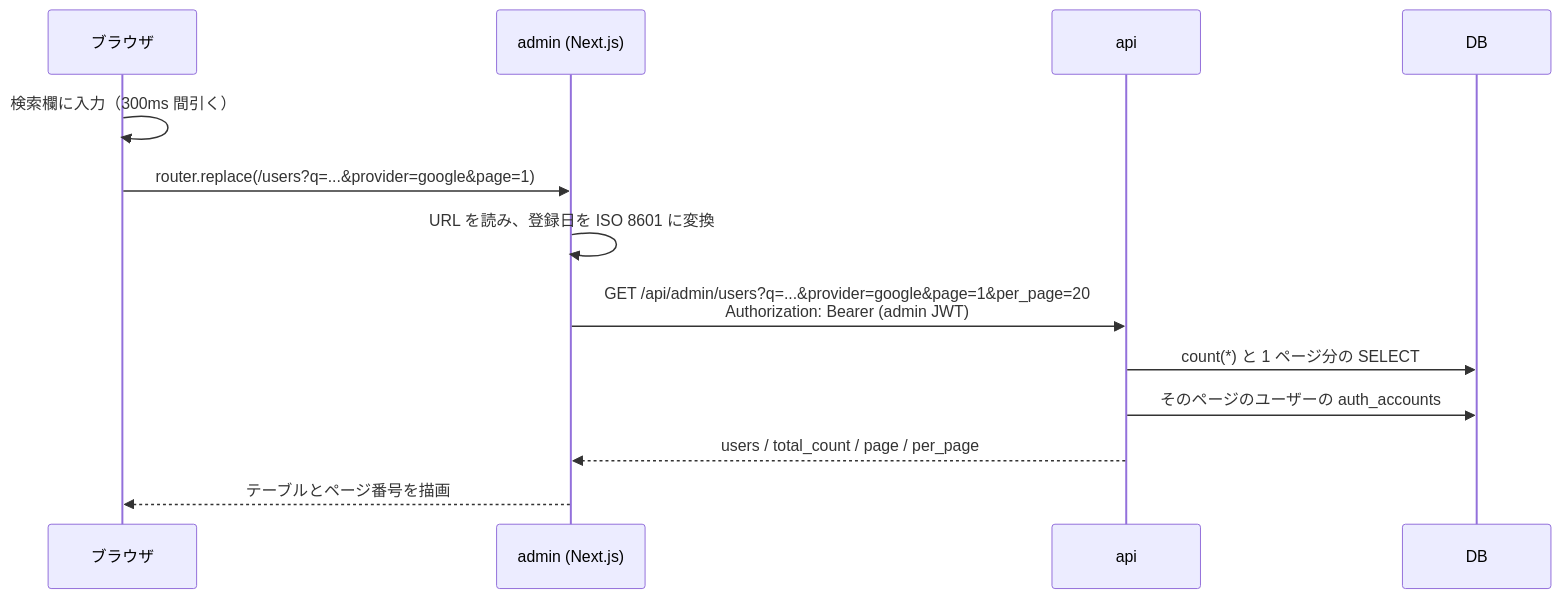
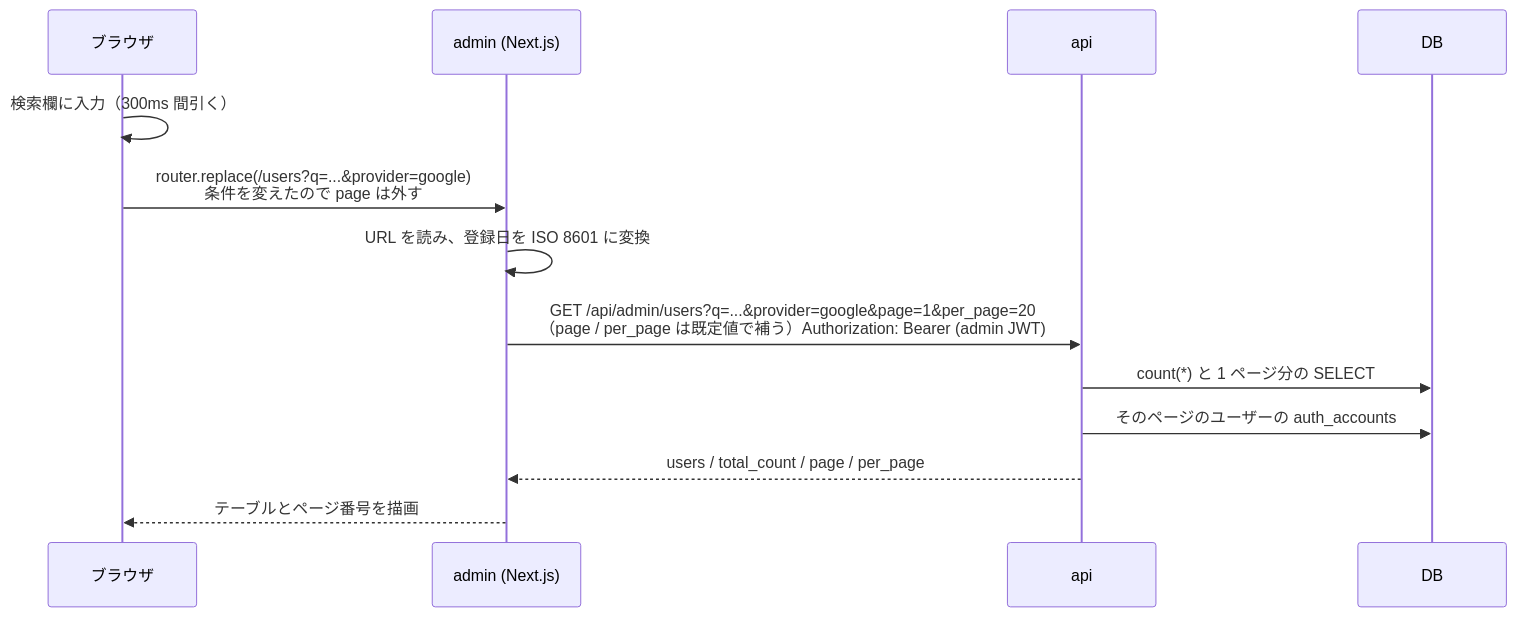
One commit to kentakki416/project-template changed the fourth of 4 diagrams in docs/spec/admin-template/README.md. Above: the diagram before and after it, drawn with Mermaid. The commit also changed other lines of this file and 6 other files, not shown here.

````diff
--- a/docs/spec/admin-template/README.md
+++ b/docs/spec/admin-template/README.md
@@ -406,16 +411,16 @@
 ```mermaid
 sequenceDiagram
     participant B as ブラウザ
     participant A as admin (Next.js)
     participant API as api
     participant DB as DB
 
     B->>B: 検索欄に入力（300ms 間引く）
-    B->>A: router.replace(/users?q=...&provider=google&page=1)
+    B->>A: router.replace(/users?q=...&provider=google)<br/>条件を変えたので page は外す
     A->>A: URL を読み、登録日を ISO 8601 に変換
-    A->>API: GET /api/admin/users?q=...&provider=google&page=1&per_page=20<br/>Authorization: Bearer (admin JWT)
+    A->>API: GET /api/admin/users?q=...&provider=google&page=1&per_page=20<br/>（page / per_page は既定値で補う）Authorization: Bearer (admin JWT)
     API->>DB: count(*) と 1 ページ分の SELECT
     API->>DB: そのページのユーザーの auth_accounts
     API-->>A: users / total_count / page / per_page
     A-->>B: テーブルとページ番号を描画
 ```
````
